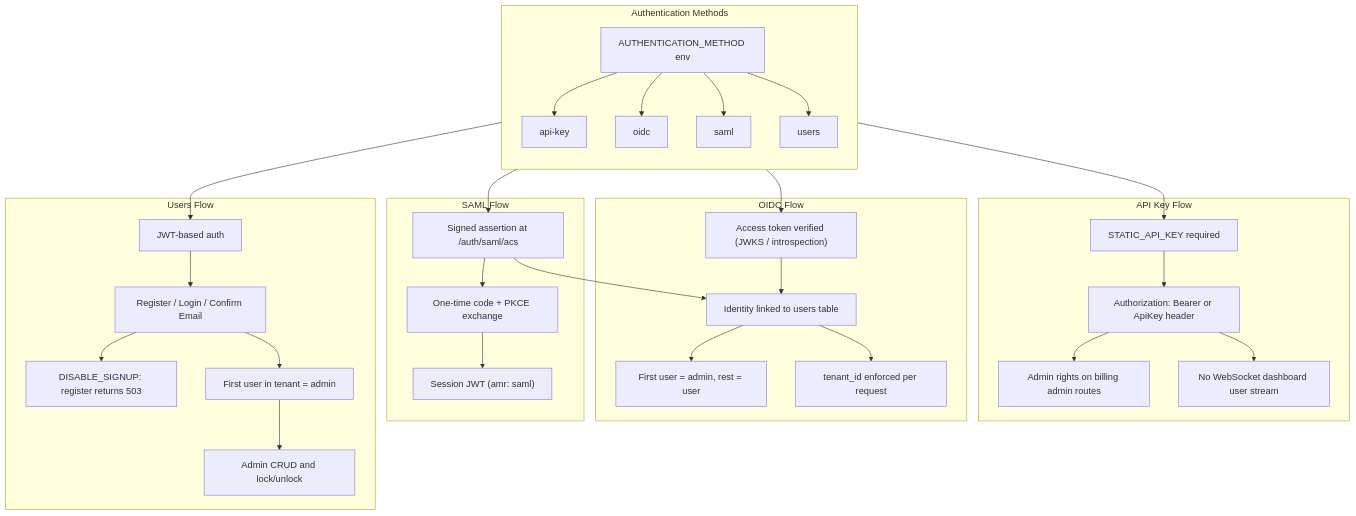
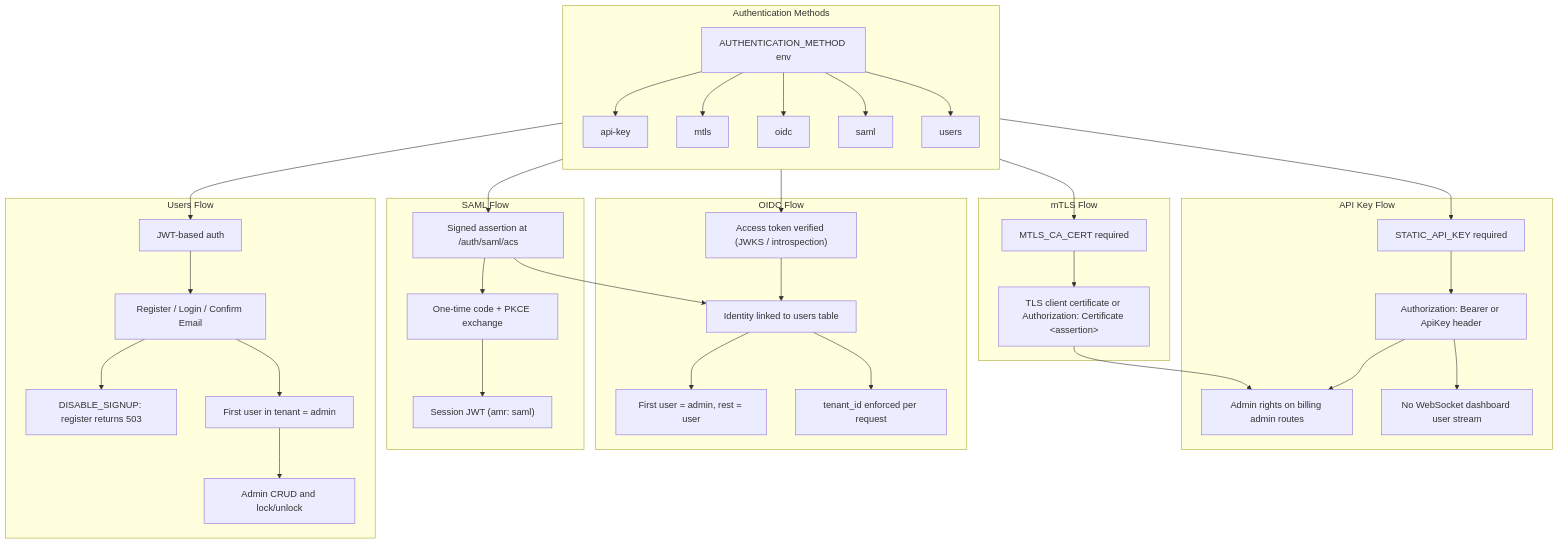
The diagram in docs/decabill/features/authentication.md (forepath/one), drawn with Mermaid before and after one commit. The commit also changed other lines of this file and 138 other files, not shown here.

````diff
--- a/docs/decabill/features/authentication.md
+++ b/docs/decabill/features/authentication.md
@@ -407,40 +491,47 @@
 ```mermaid
 flowchart TB
     subgraph AUTH["Authentication Methods"]
         direction TB
         AUTH_METHOD["AUTHENTICATION_METHOD env"]
         AUTH_METHOD --> API_KEY["api-key"]
+        AUTH_METHOD --> MTLS["mtls"]
         AUTH_METHOD --> OIDC["oidc"]
         AUTH_METHOD --> SAML["saml"]
         AUTH_METHOD --> USERS["users"]
     end
 
     subgraph API_KEY_FLOW["API Key Flow"]
         API_KEY --> AK1["STATIC_API_KEY required"]
         AK1 --> AK2["Authorization: Bearer or ApiKey header"]
         AK2 --> AK3["Admin rights on billing admin routes"]
         AK2 --> AK4["No WebSocket dashboard user stream"]
+    end
+
+    subgraph MTLS_FLOW["mTLS Flow"]
+        MTLS --> MT1["MTLS_CA_CERT required"]
+        MT1 --> MT2["TLS client certificate or Authorization: Certificate &lt;assertion&gt;"]
+        MT2 --> AK3
     end
 
     subgraph OIDC_FLOW["OIDC Flow"]
         OIDC --> KC1["Access token verified (JWKS / introspection)"]
         KC1 --> KC2["Identity linked to users table"]
         KC2 --> KC3["First user = admin, rest = user"]
         KC2 --> KC4["tenant_id enforced per request"]
     end
 
     subgraph SAML_FLOW["SAML Flow"]
         SAML --> SF1["Signed assertion at /auth/saml/acs"]
         SF1 --> SF2["One-time code + PKCE exchange"]
         SF2 --> SF3["Session JWT (amr: saml)"]
         SF1 --> KC2
     end
 
     subgraph USERS_FLOW["Users Flow"]
         USERS --> UF1["JWT-based auth"]
         UF1 --> UF2["Register / Login / Confirm Email"]
         UF2 --> UF3["DISABLE_SIGNUP: register returns 503"]
         UF2 --> UF4["First user in tenant = admin"]
         UF4 --> UF5["Admin CRUD and lock/unlock"]
     end
 ```
````
